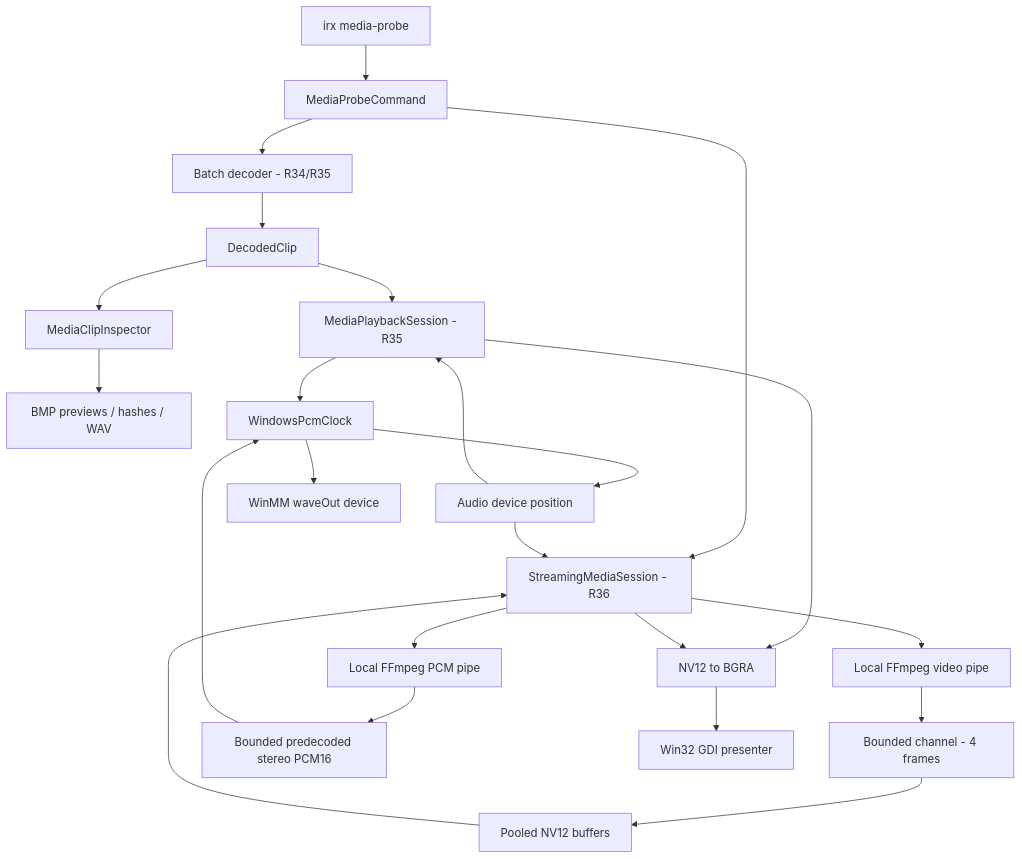
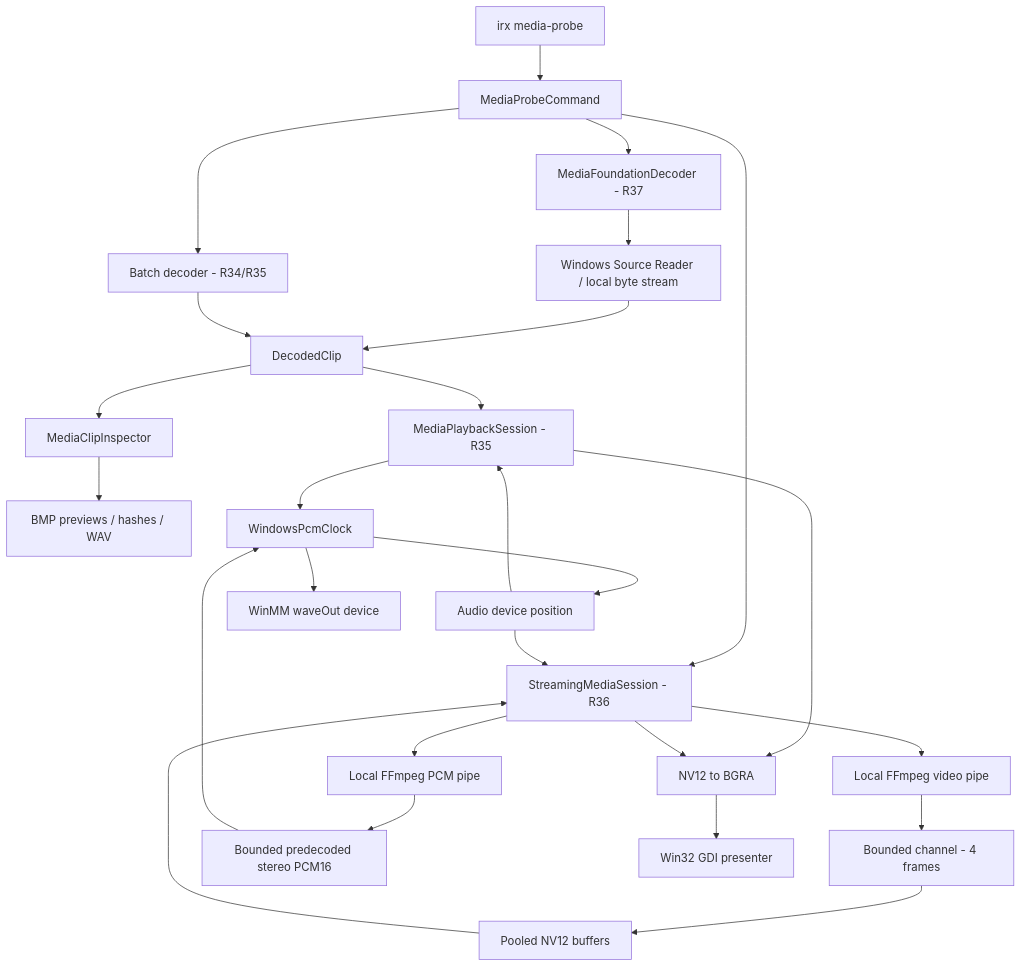
One commit to DBWilliamEngineering/IraRationis changed the fourth of 6 diagrams in README.md. Above: the diagram before and after it, drawn with Mermaid. The commit also changed other lines of this file and 10 other files, not shown here.

First line of the commit message:
Introduce native media decoding and ready-to-run Windows distributions

````diff
--- a/README.md
+++ b/README.md
@@ -171,25 +172,28 @@
 ```mermaid
 flowchart TD
     A[irx media-probe] --> B[MediaProbeCommand]
     B --> C[Batch decoder - R34/R35]
     B --> S[StreamingMediaSession - R36]
+    B --> MF[MediaFoundationDecoder - R37]
+    MF --> MR[Windows Source Reader / local byte stream]
+    MR --> E
     C --> E[DecodedClip]
     E --> F[MediaClipInspector]
     F --> I[BMP previews / hashes / WAV]
     E --> P[MediaPlaybackSession - R35]
     S --> V[Local FFmpeg video pipe]
     V --> Q[Bounded channel - 4 frames]
     Q --> N[Pooled NV12 buffers]
     S --> U[Local FFmpeg PCM pipe]
     U --> W[Bounded predecoded stereo PCM16]
     P --> K[WindowsPcmClock]
     W --> K
     K --> T[Audio device position]
     T --> P
     T --> S
     P --> G[NV12 to BGRA]
     N --> S
     S --> G
     G --> H[Win32 GDI presenter]
     K --> L[WinMM waveOut device]
 ```
````
